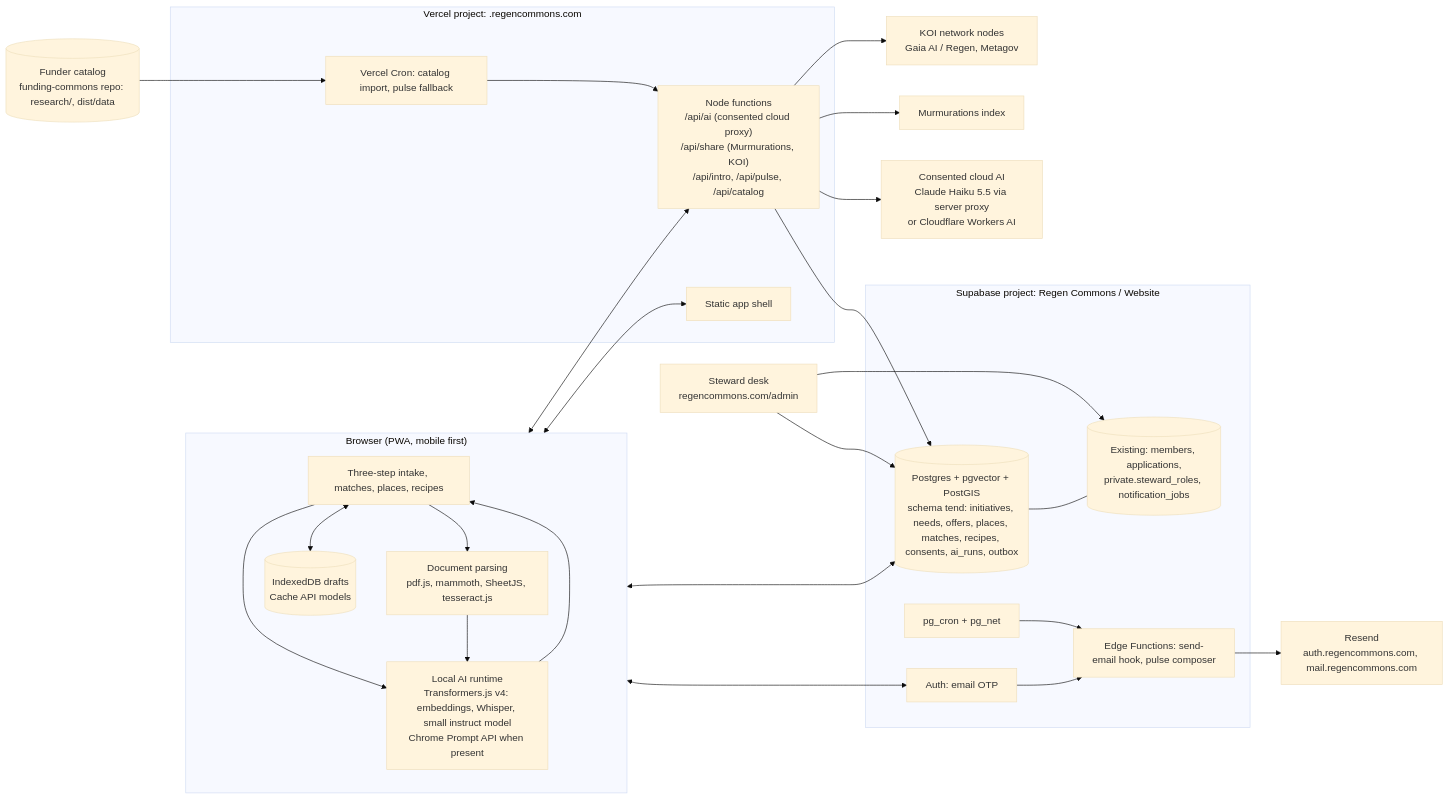
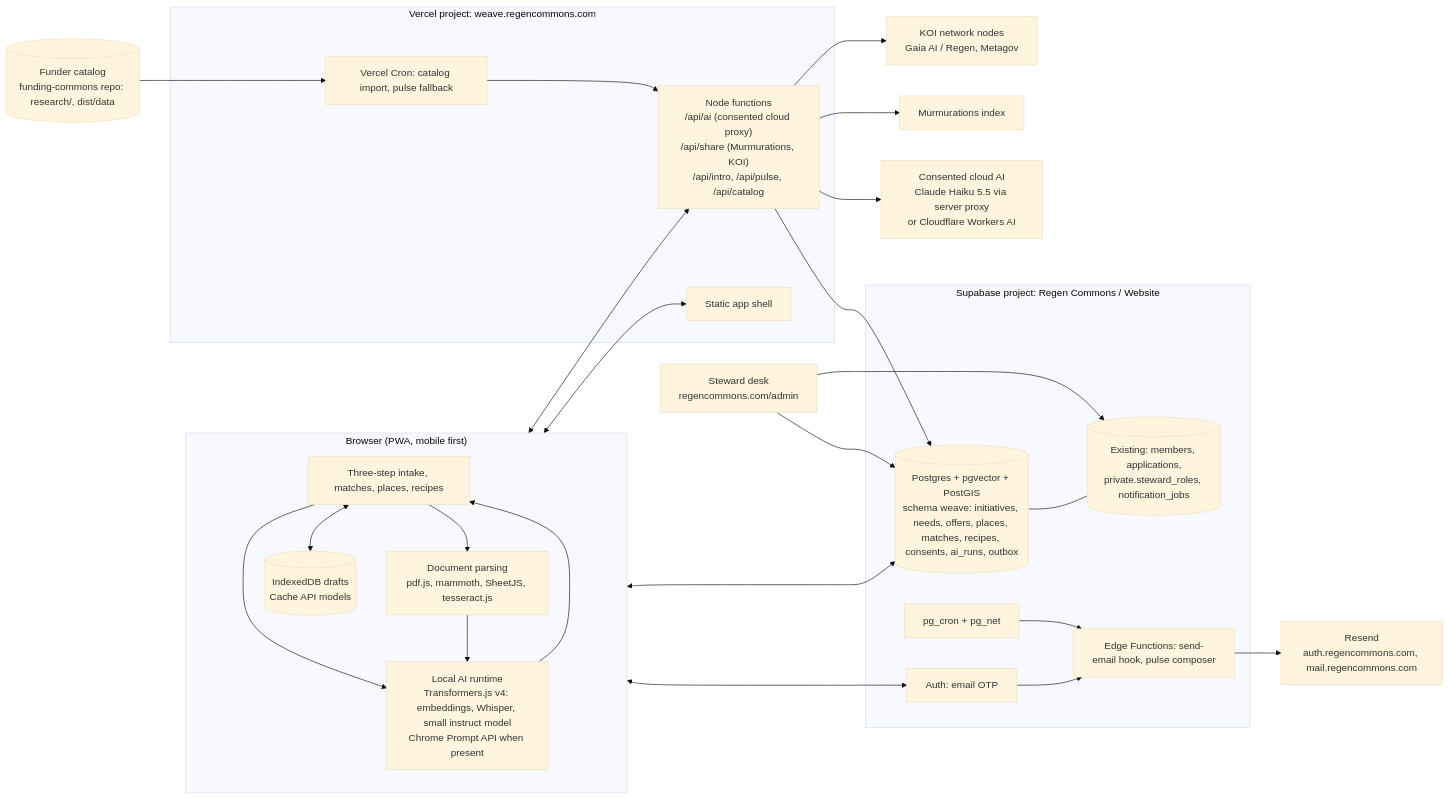
The diagram in docs/platform/05-technical-spec.md (regen-commons/funding-commons), drawn with Mermaid (base theme) before and after one commit. The commit also changed other lines of this file and 23 other files, not shown here.

````diff
--- a/docs/platform/05-technical-spec.md
+++ b/docs/platform/05-technical-spec.md
@@ -18,47 +18,47 @@
 ```mermaid
 flowchart LR
   subgraph Browser["Browser (PWA, mobile first)"]
     UI[Three-step intake, matches, places, recipes]
     LocalAI[Local AI runtime<br/>Transformers.js v4: embeddings, Whisper, small instruct model<br/>Chrome Prompt API when present]
     Parse[Document parsing<br/>pdf.js, mammoth, SheetJS, tesseract.js]
     Store[(IndexedDB drafts<br/>Cache API models)]
     UI --> LocalAI --> UI
     UI --> Parse --> LocalAI
     UI <--> Store
   end
-  subgraph Vercel["Vercel project: <subdomain>.regencommons.com"]
+  subgraph Vercel["Vercel project: weave.regencommons.com"]
     Static[Static app shell]
     API["Node functions<br/>/api/ai (consented cloud proxy)<br/>/api/share (Murmurations, KOI)<br/>/api/intro, /api/pulse, /api/catalog"]
     Cron[Vercel Cron: catalog import, pulse fallback]
   end
   subgraph Supabase["Supabase project: Regen Commons / Website"]
     Auth[Auth: email OTP]
-    PG[(Postgres + pgvector + PostGIS<br/>schema tend: initiatives, needs, offers, places, matches, recipes, consents, ai_runs, outbox)]
+    PG[(Postgres + pgvector + PostGIS<br/>schema weave: initiatives, needs, offers, places, matches, recipes, consents, ai_runs, outbox)]
     Existing[(Existing: members, applications,<br/>private.steward_roles, notification_jobs)]
     Edge[Edge Functions: send-email hook, pulse composer]
     PgCron[pg_cron + pg_net]
   end
   Resend[Resend<br/>auth.regencommons.com, mail.regencommons.com]
   Catalog[(Funder catalog<br/>funding-commons repo: research/, dist/data)]
   Murm[Murmurations index]
   KOI[KOI network nodes<br/>Gaia AI / Regen, Metagov]
   Cloud[Consented cloud AI<br/>Claude Haiku 5.5 via server proxy<br/>or Cloudflare Workers AI]
   Desk[Steward desk<br/>regencommons.com/admin]
 
   Browser <--> Static
   Browser <--> API
   Browser <--> Auth
   Browser <--> PG
   API --> PG
   API --> Cloud
   API --> Murm
   API --> KOI
   Edge --> Resend
   Auth --> Edge
   PgCron --> Edge
   Cron --> API
   Catalog --> Cron
   Desk --> PG
   Desk --> Existing
   PG --- Existing
 ```
````
